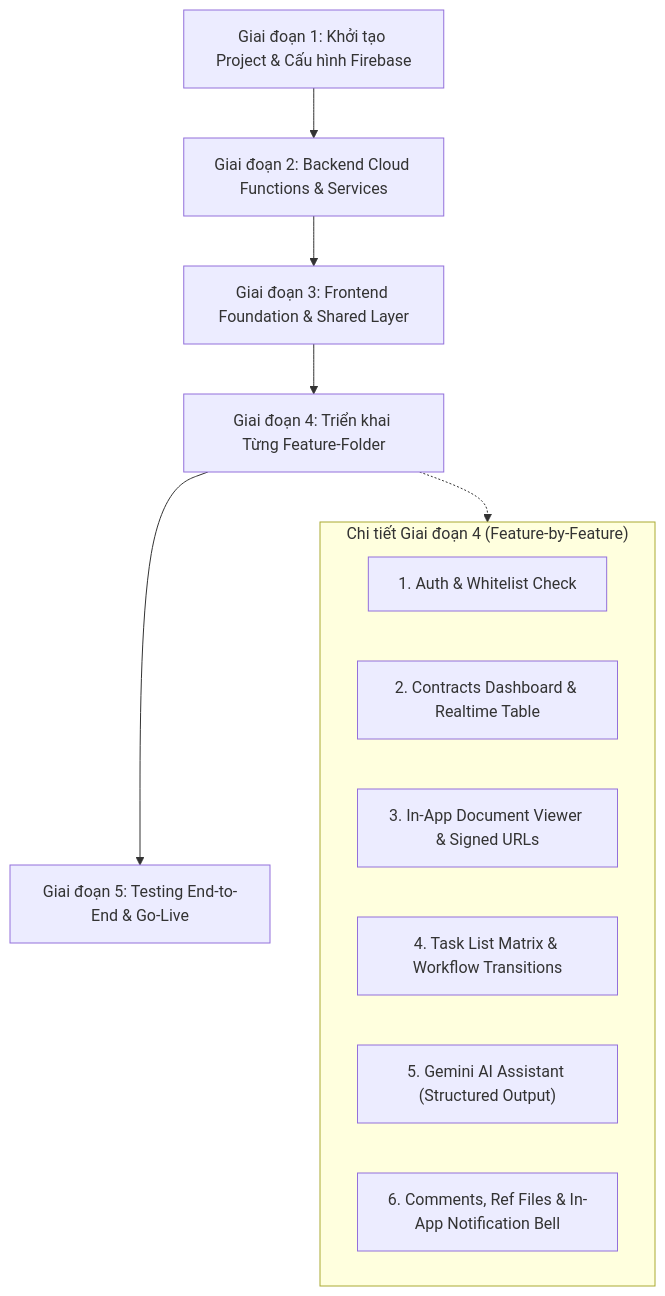
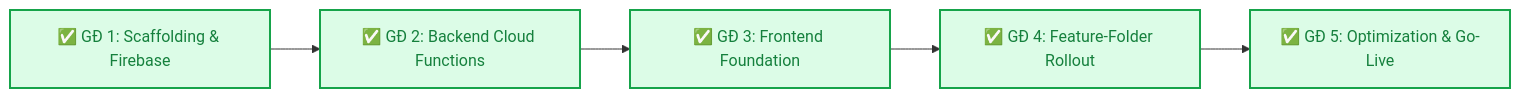
One commit to khoavudl/ContractReview_firestore changed the fifth of 5 diagrams in new_architecture.md. Above: the diagram before and after it, drawn with Mermaid. The commit also changed other lines of this file and 1 other file, not shown here.

Commit message:
docs: update project progress and new architecture documentation

````diff
--- a/new_architecture.md
+++ b/new_architecture.md
@@ -1101,18 +1116,10 @@
 ```mermaid
-flowchart TD
-    G1["Giai đoạn 1: Khởi tạo Project & Cấu hình Firebase"] --> G2["Giai đoạn 2: Backend Cloud Functions & Services"]
-    G2 --> G3["Giai đoạn 3: Frontend Foundation & Shared Layer"]
-    G3 --> G4["Giai đoạn 4: Triển khai Từng Feature-Folder"]
-    G4 --> G5["Giai đoạn 5: Testing End-to-End & Go-Live"]
+flowchart LR
+    G1["✅ GĐ 1: Scaffolding & Firebase"] --> G2["✅ GĐ 2: Backend Cloud Functions"]
+    G2 --> G3["✅ GĐ 3: Frontend Foundation"]
+    G3 --> G4["✅ GĐ 4: Feature-Folder Rollout"]
+    G4 --> G5["✅ GĐ 5: Optimization & Go-Live"]
 
-    subgraph G4Details["Chi tiết Giai đoạn 4 (Feature-by-Feature)"]
-        F1["1. Auth & Whitelist Check"]
-        F2["2. Contracts Dashboard & Realtime Table"]
-        F3["3. In-App Document Viewer & Signed URLs"]
-        F4["4. Task List Matrix & Workflow Transitions"]
-        F5["5. Gemini AI Assistant (Structured Output)"]
-        F6["6. Comments, Ref Files & In-App Notification Bell"]
-    end
-
-    G4 -.-> G4Details
+    classDef done fill:#dcfce7,stroke:#16a34a,stroke-width:2px,color:#15803d;
+    class G1,G2,G3,G4,G5 done;
 ```
````
